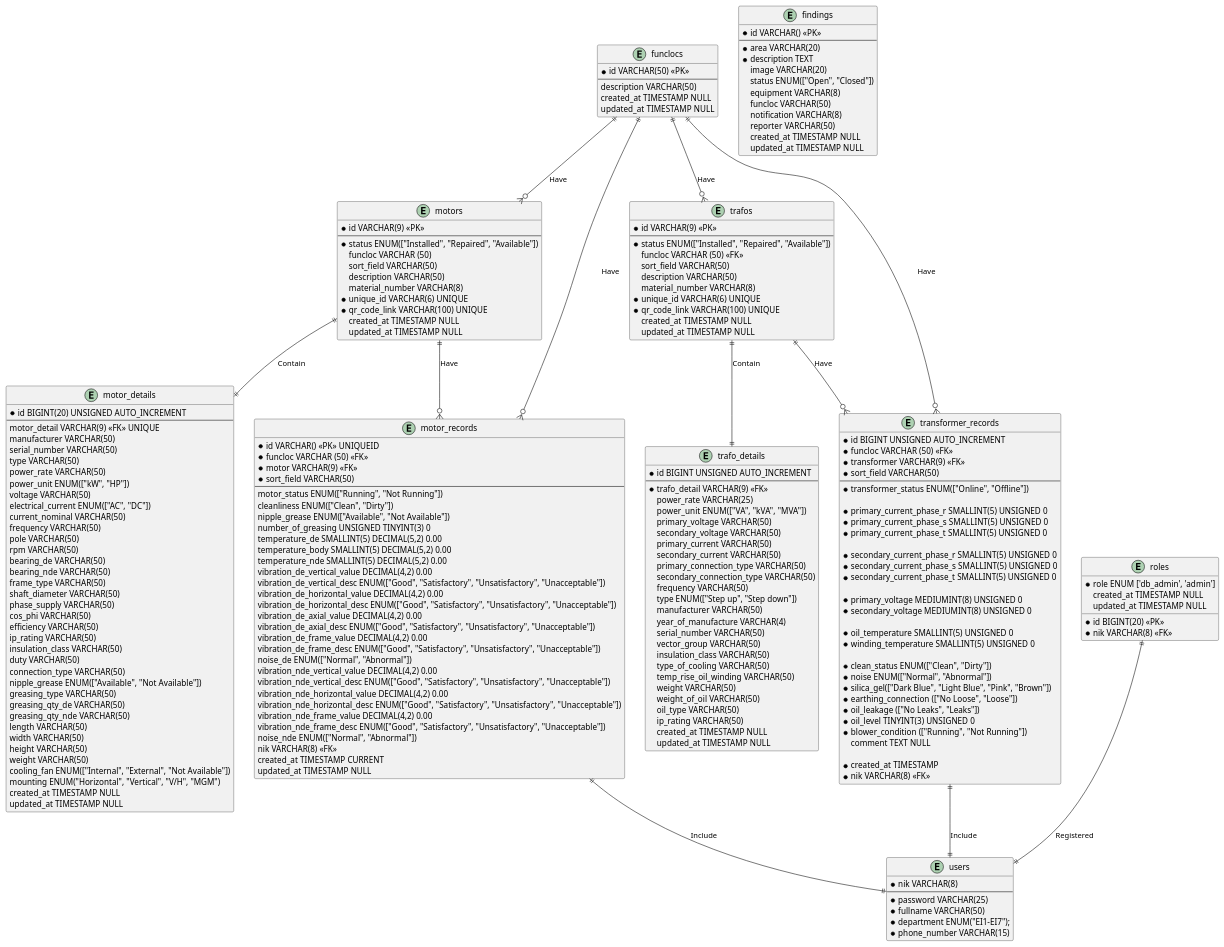
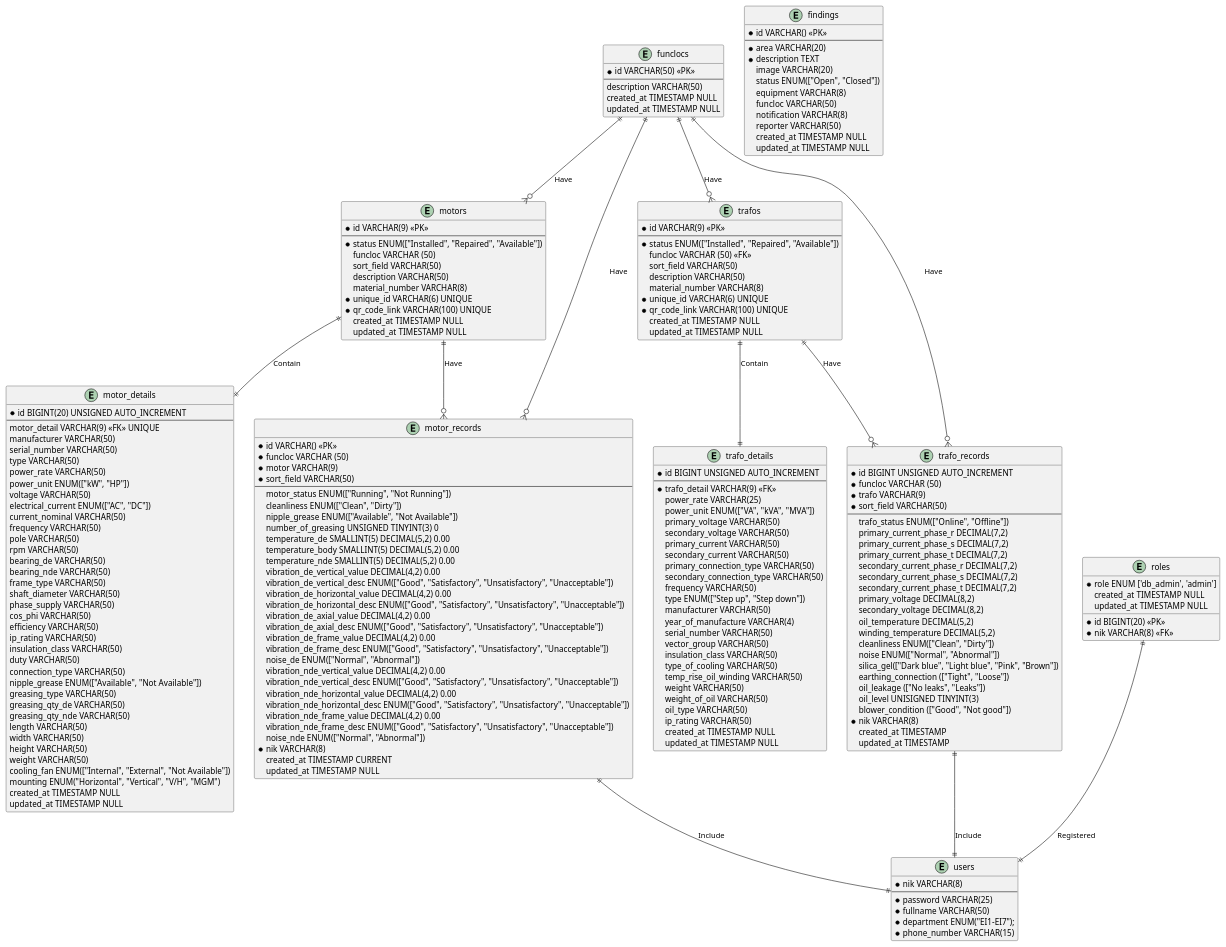
The diagram in docs/fajar_e_maintenance.puml (doniduaasattuu/fajar-e-maintenance), drawn with PlantUML before and after one commit. The commit also changed 7 other files, not shown here.

```diff
--- a/docs/fajar_e_maintenance.puml
+++ b/docs/fajar_e_maintenance.puml
@@ -65,9 +65,9 @@
 }
 
 entity motor_records {
-    * id VARCHAR() <<PK>> UNIQUEID
-    * funcloc VARCHAR (50) <<FK>>
-    * motor VARCHAR(9) <<FK>>
+    * id VARCHAR() <<PK>>
+    * funcloc VARCHAR (50)
+    * motor VARCHAR(9)
     * sort_field VARCHAR(50)
     --
       motor_status ENUM(["Running", "Not Running"])
@@ -93,7 +93,7 @@
       vibration_nde_frame_value DECIMAL(4,2) 0.00
       vibration_nde_frame_desc ENUM(["Good", "Satisfactory", "Unsatisfactory", "Unacceptable"])   
       noise_nde ENUM(["Normal", "Abnormal"])
-      nik VARCHAR(8) <<FK>>
+    * nik VARCHAR(8)
       created_at TIMESTAMP CURRENT
       updated_at TIMESTAMP NULL
 }
@@ -173,39 +173,33 @@
     updated_at TIMESTAMP NULL
 }
 
-entity transformer_records {
+entity trafo_records {
     * id BIGINT UNSIGNED AUTO_INCREMENT
-    * funcloc VARCHAR (50) <<FK>>
-    * transformer VARCHAR(9) <<FK>>
+    * funcloc VARCHAR (50)
+    * trafo VARCHAR(9)
     * sort_field VARCHAR(50)
     --
-    * transformer_status ENUM(["Online", "Offline"])
-
-    * primary_current_phase_r SMALLINT(5) UNSIGNED 0
-    * primary_current_phase_s SMALLINT(5) UNSIGNED 0
-    * primary_current_phase_t SMALLINT(5) UNSIGNED 0 
-
-    * secondary_current_phase_r SMALLINT(5) UNSIGNED 0
-    * secondary_current_phase_s SMALLINT(5) UNSIGNED 0
-    * secondary_current_phase_t SMALLINT(5) UNSIGNED 0
-    
-    * primary_voltage MEDIUMINT(8) UNSIGNED 0
-    * secondary_voltage MEDIUMINT(8) UNSIGNED 0
-
-    * oil_temperature SMALLINT(5) UNSIGNED 0
-    * winding_temperature SMALLINT(5) UNSIGNED 0
-
-    * clean_status ENUM(["Clean", "Dirty"])
-    * noise ENUM(["Normal", "Abnormal"])
-    * silica_gel(["Dark Blue", "Light Blue", "Pink", "Brown"])
-    * earthing_connection (["No Loose", "Loose"])
-    * oil_leakage (["No Leaks", "Leaks"])
-    * oil_level TINYINT(3) UNSIGNED 0
-    * blower_condition (["Running", "Not Running"])
-      comment TEXT NULL
-      
-    * created_at TIMESTAMP
-    * nik VARCHAR(8) <<FK>>
+    trafo_status ENUM(["Online", "Offline"])
+    primary_current_phase_r DECIMAL(7,2)
+    primary_current_phase_s DECIMAL(7,2)
+    primary_current_phase_t DECIMAL(7,2) 
+    secondary_current_phase_r DECIMAL(7,2)
+    secondary_current_phase_s DECIMAL(7,2)
+    secondary_current_phase_t DECIMAL(7,2)
+    primary_voltage DECIMAL(8,2)
+    secondary_voltage DECIMAL(8,2)
+    oil_temperature DECIMAL(5,2) 
+    winding_temperature DECIMAL(5,2) 
+    cleanliness ENUM(["Clean", "Dirty"])
+    noise ENUM(["Normal", "Abnormal"])
+    silica_gel(["Dark blue", "Light blue", "Pink", "Brown"])
+    earthing_connection (["Tight", "Loose"])
+    oil_leakage (["No leaks", "Leaks"])
+    oil_level UNISIGNED TINYINT(3)
+    blower_condition (["Good", "Not good"])
+  * nik VARCHAR(8)
+    created_at TIMESTAMP
+    updated_at TIMESTAMP
 }
  
 funclocs ||--o{ motors : Have
@@ -216,10 +210,9 @@
 roles ||--|| users : Registered
 
 funclocs ||--o{ trafos : Have
-funclocs ||--o{ transformer_records : Have
-trafos ||--o{ transformer_records : Have
+funclocs ||--o{ trafo_records : Have
+trafos ||--o{ trafo_records : Have
 trafos ||--|| trafo_details : Contain
-transformer_records ||--|| users : Include
-
+trafo_records ||--|| users : Include
 
 @enduml
```
